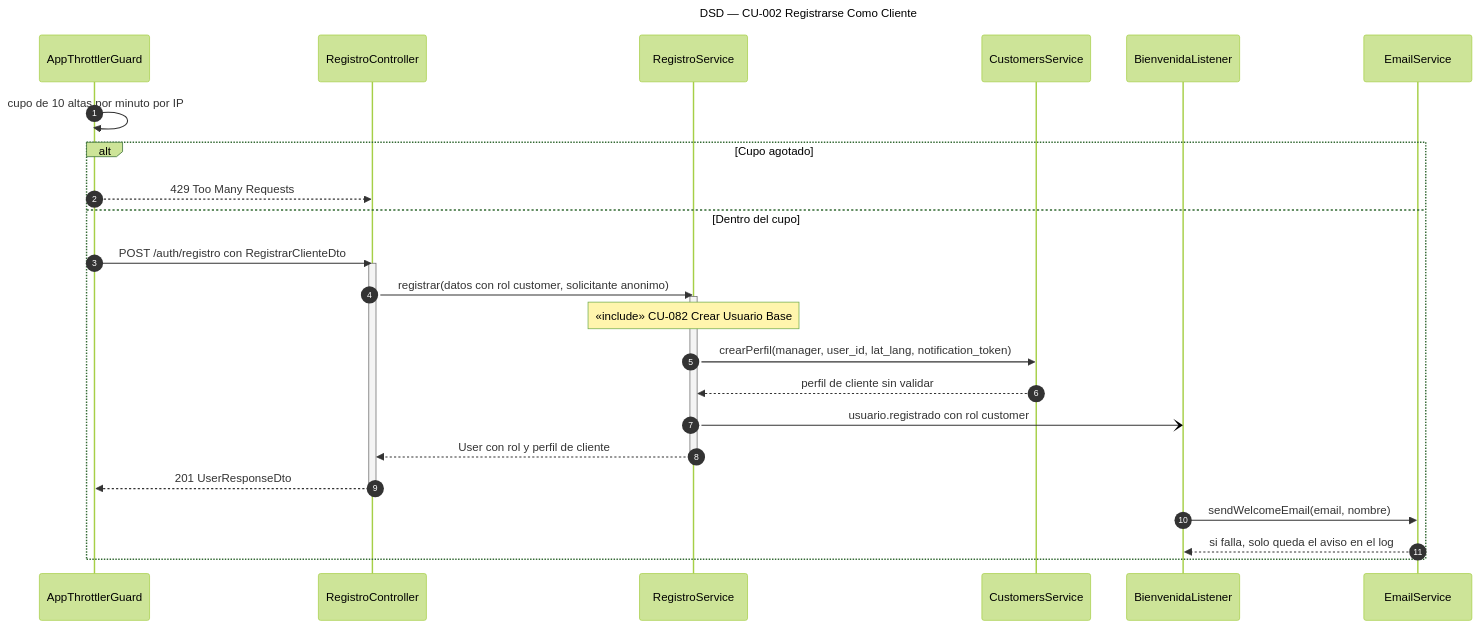
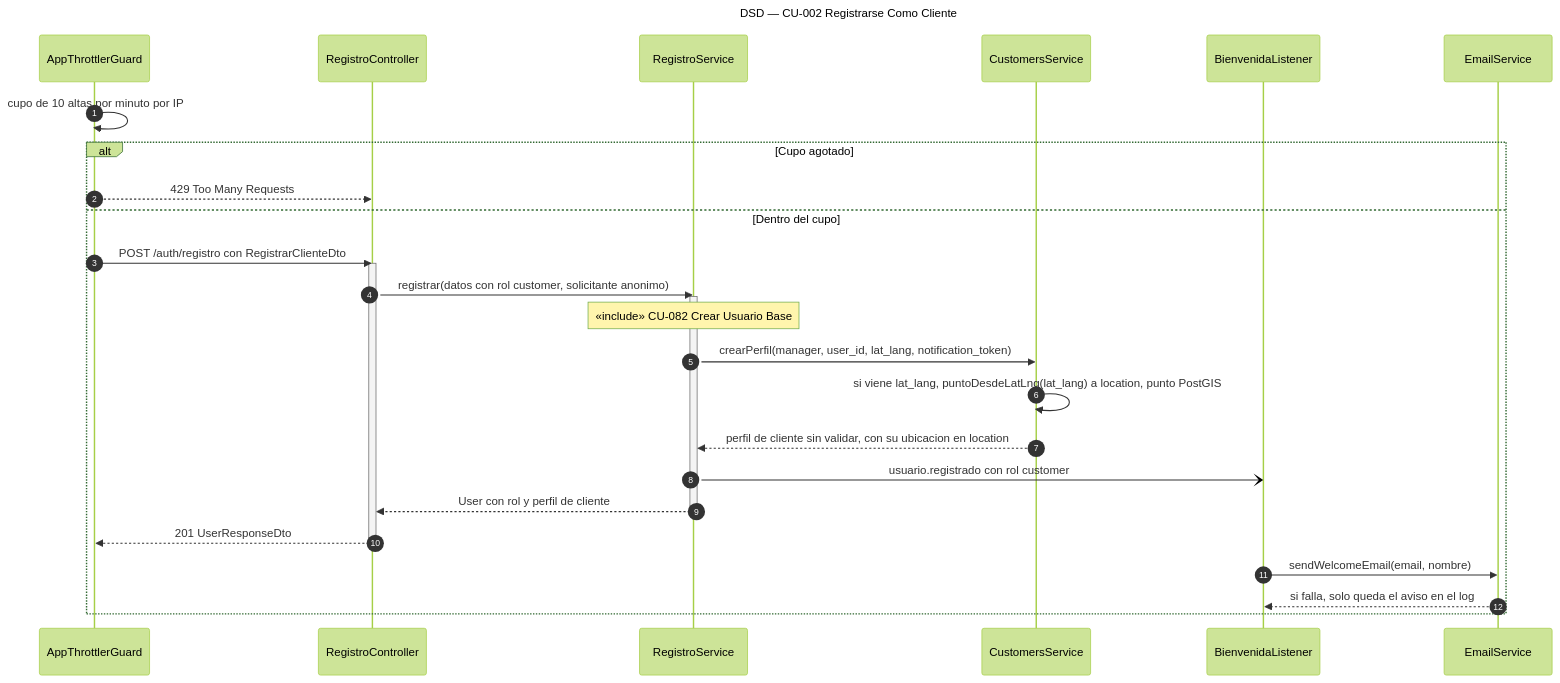
One commit to Nahuelito-Dev/splg-docs changed the diagram in diagramas/DSD_CU-002_Registrarse-Como-Cliente.mmd. Above: the diagram before and after it, drawn with Mermaid (forest theme). The commit also changed 15 other files, not shown here.

```diff
--- a/diagramas/DSD_CU-002_Registrarse-Como-Cliente.mmd
+++ b/diagramas/DSD_CU-002_Registrarse-Como-Cliente.mmd
@@ -1,29 +1,30 @@
 sequenceDiagram
     title DSD — CU-002 Registrarse Como Cliente
     autonumber
     participant THR as AppThrottlerGuard
     participant CTRL as RegistroController
     participant SRV as RegistroService
     participant CSRV as CustomersService
     participant LIS as BienvenidaListener
     participant MAIL as EmailService
 
     THR->>THR: cupo de 10 altas por minuto por IP
     alt Cupo agotado
         THR-->>CTRL: 429 Too Many Requests
     else Dentro del cupo
         THR->>CTRL: POST /auth/registro con RegistrarClienteDto
         activate CTRL
         CTRL->>SRV: registrar(datos con rol customer, solicitante anonimo)
         activate SRV
         Note over SRV: «include» CU-082 Crear Usuario Base
         SRV->>CSRV: crearPerfil(manager, user_id, lat_lang, notification_token)
-        CSRV-->>SRV: perfil de cliente sin validar
+        CSRV->>CSRV: si viene lat_lang, puntoDesdeLatLng(lat_lang) a location, punto PostGIS
+        CSRV-->>SRV: perfil de cliente sin validar, con su ubicacion en location
         SRV-)LIS: usuario.registrado con rol customer
         SRV-->>CTRL: User con rol y perfil de cliente
         deactivate SRV
         CTRL-->>THR: 201 UserResponseDto
         deactivate CTRL
         LIS->>MAIL: sendWelcomeEmail(email, nombre)
         MAIL-->>LIS: si falla, solo queda el aviso en el log
     end
```
